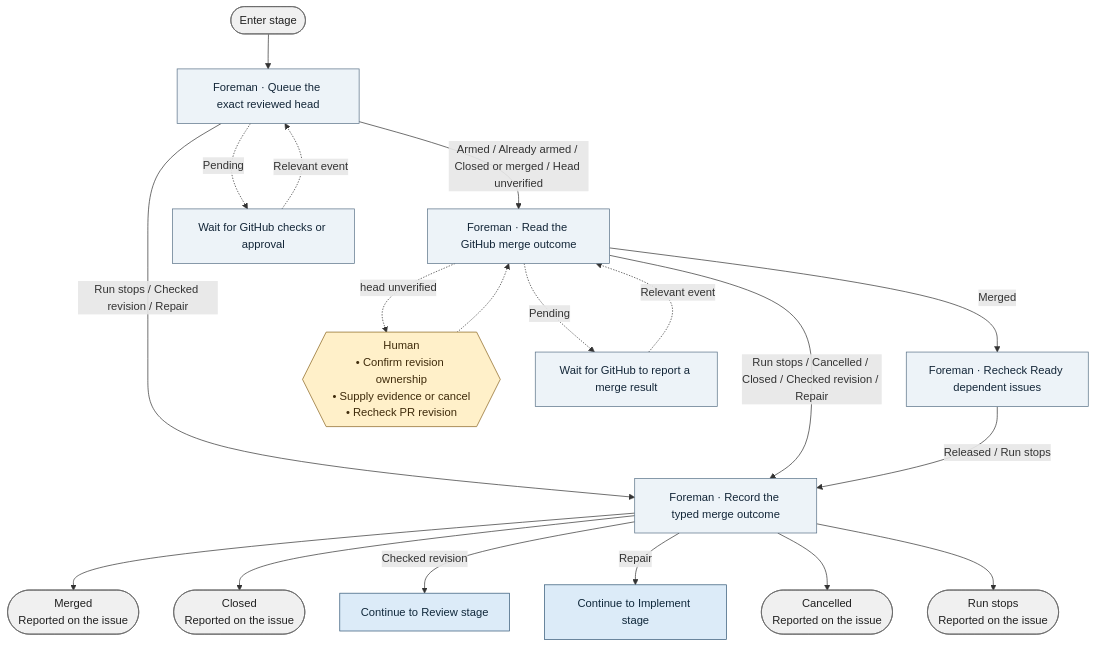
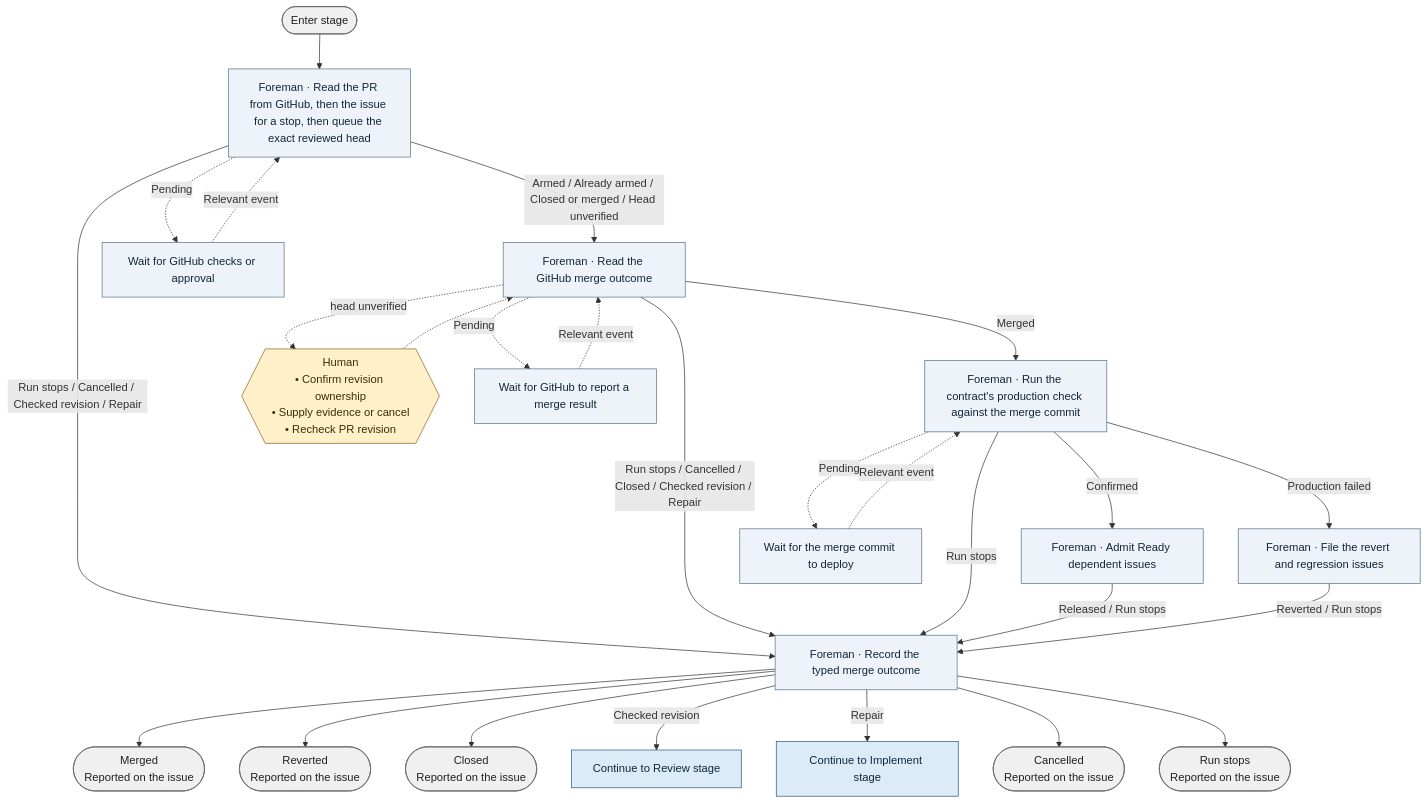
The diagram in docs/graph/blueprint/views/stages/merge.mmd (bookout-labs/tools), drawn with Mermaid before and after one commit. The commit also changed 49 other files, not shown here.

```diff
--- a/docs/graph/blueprint/views/stages/merge.mmd
+++ b/docs/graph/blueprint/views/stages/merge.mmd
@@ -1,38 +1,49 @@
 flowchart TD
     n0(["Enter stage"]):::terminal
-    n1["Foreman · Queue the exact reviewed head"]:::step
+    n1["Foreman · Read the PR from GitHub, then the issue for a stop, then queue the exact reviewed head"]:::step
     n2["Foreman · Read the GitHub merge outcome"]:::step
-    n3["Foreman · Recheck Ready dependent issues"]:::step
-    n4["Foreman · Record the typed merge outcome"]:::step
-    n5(["Merged<br/>Reported on the issue"]):::terminal
-    n6(["Closed<br/>Reported on the issue"]):::terminal
-    n7["Continue to Review stage"]:::stage
-    n8["Continue to Implement stage"]:::stage
-    n9(["Cancelled<br/>Reported on the issue"]):::terminal
-    n10(["Run stops<br/>Reported on the issue"]):::terminal
-    n11{{"Human<br/>• Confirm revision ownership<br/>• Supply evidence or cancel<br/>• Recheck PR revision"}}:::gate
-    n12["Wait for GitHub checks or approval"]:::step
-    n13["Wait for GitHub to report a merge result"]:::step
+    n3["Foreman · Run the contract's production check against the merge commit"]:::step
+    n4["Foreman · Admit Ready dependent issues"]:::step
+    n5["Foreman · File the revert and regression issues"]:::step
+    n6["Foreman · Record the typed merge outcome"]:::step
+    n7(["Merged<br/>Reported on the issue"]):::terminal
+    n8(["Reverted<br/>Reported on the issue"]):::terminal
+    n9(["Closed<br/>Reported on the issue"]):::terminal
+    n10["Continue to Review stage"]:::stage
+    n11["Continue to Implement stage"]:::stage
+    n12(["Cancelled<br/>Reported on the issue"]):::terminal
+    n13(["Run stops<br/>Reported on the issue"]):::terminal
+    n14{{"Human<br/>• Confirm revision ownership<br/>• Supply evidence or cancel<br/>• Recheck PR revision"}}:::gate
+    n15["Wait for GitHub checks or approval"]:::step
+    n16["Wait for GitHub to report a merge result"]:::step
+    n17["Wait for the merge commit to deploy"]:::step
     n0 --> n1
-    n1 -->|"Run stops / Checked revision / Repair"| n4
+    n1 -->|"Run stops / Cancelled / Checked revision / Repair"| n6
     n1 -->|"Armed / Already armed / Closed or merged / Head unverified"| n2
-    n2 -->|"Run stops / Cancelled / Closed / Checked revision / Repair"| n4
+    n2 -->|"Run stops / Cancelled / Closed / Checked revision / Repair"| n6
     n2 -->|"Merged"| n3
-    n3 -->|"Released / Run stops"| n4
-    n4 --> n5
-    n4 --> n6
-    n4 -->|"Checked revision"| n7
-    n4 -->|"Repair"| n8
-    n4 --> n9
-    n4 --> n10
-    n2 -.->|"head unverified"| n11
-    n11 -.-> n2
-    n1 -.->|"Pending"| n12
-    n12 -.->|"Relevant event"| n1
-    n2 -.->|"Pending"| n13
-    n13 -.->|"Relevant event"| n2
+    n3 -->|"Confirmed"| n4
+    n3 -->|"Production failed"| n5
+    n3 -->|"Run stops"| n6
+    n4 -->|"Released / Run stops"| n6
+    n5 -->|"Reverted / Run stops"| n6
+    n6 --> n7
+    n6 --> n8
+    n6 --> n9
+    n6 -->|"Checked revision"| n10
+    n6 -->|"Repair"| n11
+    n6 --> n12
+    n6 --> n13
+    n2 -.->|"head unverified"| n14
+    n14 -.-> n2
+    n1 -.->|"Pending"| n15
+    n15 -.->|"Relevant event"| n1
+    n2 -.->|"Pending"| n16
+    n16 -.->|"Relevant event"| n2
+    n3 -.->|"Pending"| n17
+    n17 -.->|"Relevant event"| n3
     classDef stage fill:#dcebf8,stroke:#315675,color:#10283b
     classDef step fill:#edf3f8,stroke:#597187,color:#132638
     classDef worker fill:#d7f0e8,stroke:#357369,color:#133c36
     classDef gate fill:#fff0c9,stroke:#89641f,color:#3f2b0b
     classDef terminal fill:#f0f0f0,stroke:#666666,color:#202020
```
